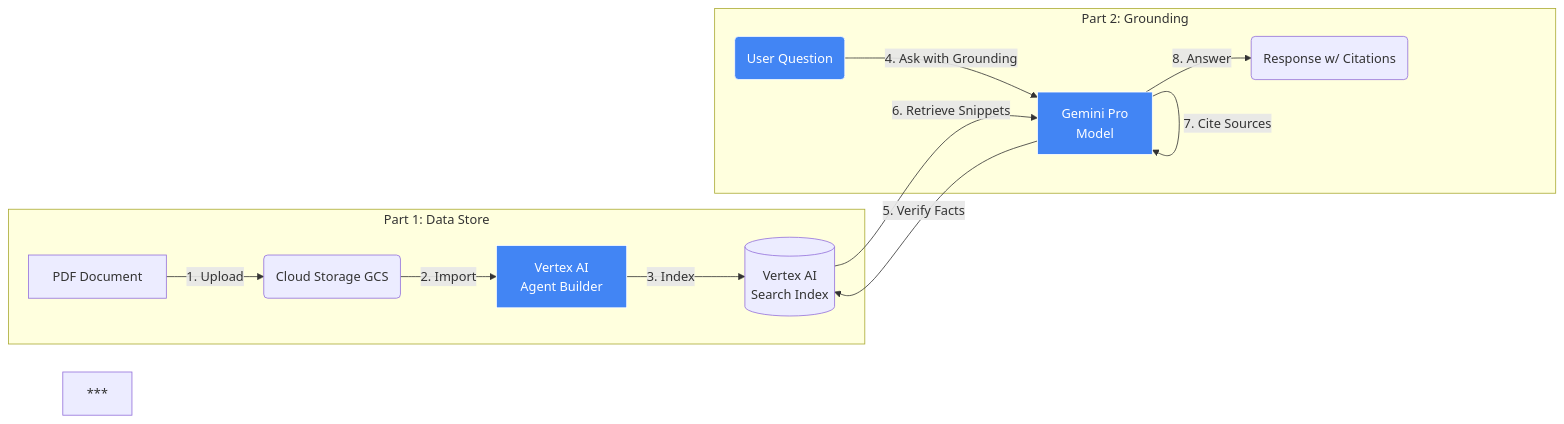
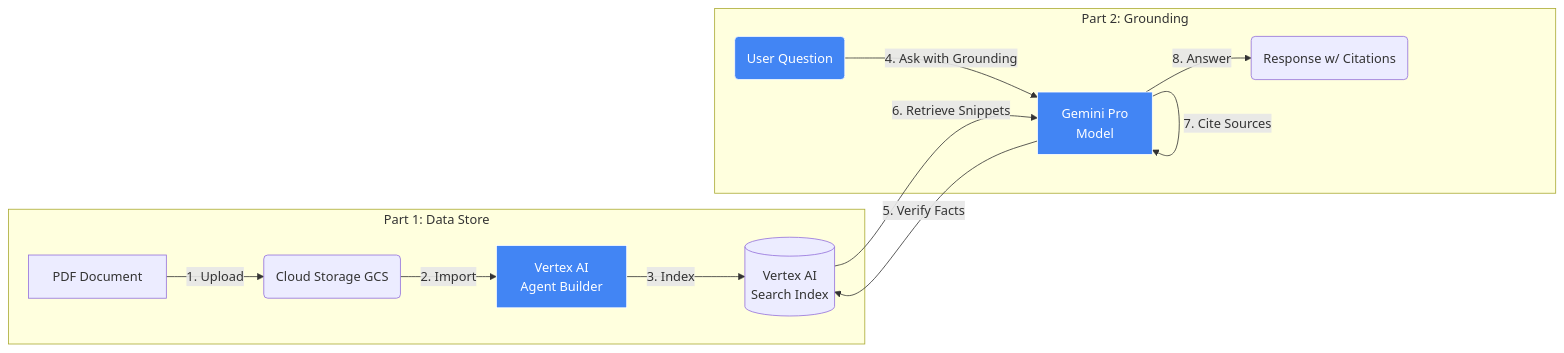
Before and after one commit to mysticrenji/cloud-rag-references: the third of 3 diagrams in README.md, drawn with Mermaid. The commit also changed 2 other files, not shown here.

Commit message:
Complete theme overhaul with direct SCSS styling

````diff
--- a/README.md
+++ b/README.md
@@ -101,21 +101,21 @@
 ```mermaid
 graph LR
     subgraph Setup ["Part 1: Data Store"]
         A[PDF Document] -->|1. Upload| B(Cloud Storage GCS)
         B -->|2. Import| C[Vertex AI<br>Agent Builder]
         C -->|3. Index| D[(Vertex AI<br>Search Index)]
     end
 
     subgraph Usage ["Part 2: Grounding"]
         F(User Question) -->|4. Ask with Grounding| G[Gemini Pro<br>Model]
         G -->|5. Verify Facts| D
         D -->|6. Retrieve Snippets| G
         G -->|7. Cite Sources| G
         G -->|8. Answer| H(Response w/ Citations)
     end
 
     style C fill:#4285F4,stroke:#fff,color:#fff
     style G fill:#4285F4,stroke:#fff,color:#fff
     style F fill:#4285F4,stroke:#fff,color:#fff
-***
+
 ```
````
